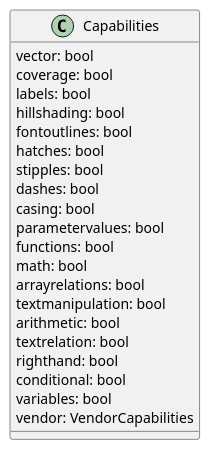
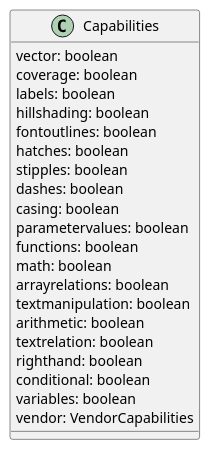
One commit to opengeospatial/cartographic-symbology changed the fourth of 6 diagrams in 1-core/sections/clause_7_core.adoc. Above: the diagram before and after it, drawn with PlantUML. The commit also changed other lines of this file and 16 other files, not shown here.

```diff
--- a/1-core/sections/clause_7_core.adoc
+++ b/1-core/sections/clause_7_core.adoc
@@ -477,26 +477,26 @@
 [plantuml, target=diagram-classes, format=png]
 ....
 @startuml
 Class Capabilities
-Capabilities   : vector: bool
-Capabilities   : coverage: bool
-Capabilities   : labels: bool
-Capabilities   : hillshading: bool
-Capabilities   : fontoutlines: bool
-Capabilities   : hatches: bool
-Capabilities   : stipples: bool
-Capabilities   : dashes: bool
-Capabilities   : casing: bool
-Capabilities   : parametervalues: bool
-Capabilities   : functions: bool
-Capabilities   : math: bool
-Capabilities   : arrayrelations: bool
-Capabilities   : textmanipulation: bool
-Capabilities   : arithmetic: bool
-Capabilities   : textrelation: bool
-Capabilities   : righthand: bool
-Capabilities   : conditional: bool
-Capabilities   : variables: bool
+Capabilities   : vector: boolean
+Capabilities   : coverage: boolean
+Capabilities   : labels: boolean
+Capabilities   : hillshading: boolean
+Capabilities   : fontoutlines: boolean
+Capabilities   : hatches: boolean
+Capabilities   : stipples: boolean
+Capabilities   : dashes: boolean
+Capabilities   : casing: boolean
+Capabilities   : parametervalues: boolean
+Capabilities   : functions: boolean
+Capabilities   : math: boolean
+Capabilities   : arrayrelations: boolean
+Capabilities   : textmanipulation: boolean
+Capabilities   : arithmetic: boolean
+Capabilities   : textrelation: boolean
+Capabilities   : righthand: boolean
+Capabilities   : conditional: boolean
+Capabilities   : variables: boolean
 Capabilities   : vendor: VendorCapabilities
 @enduml
 ....
```
